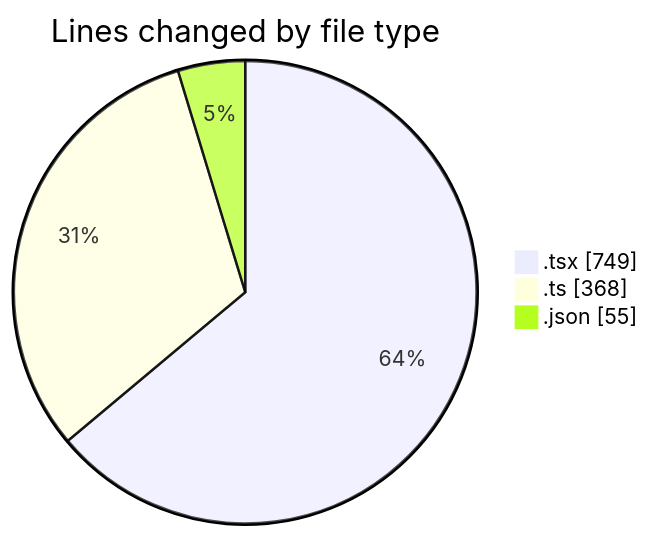
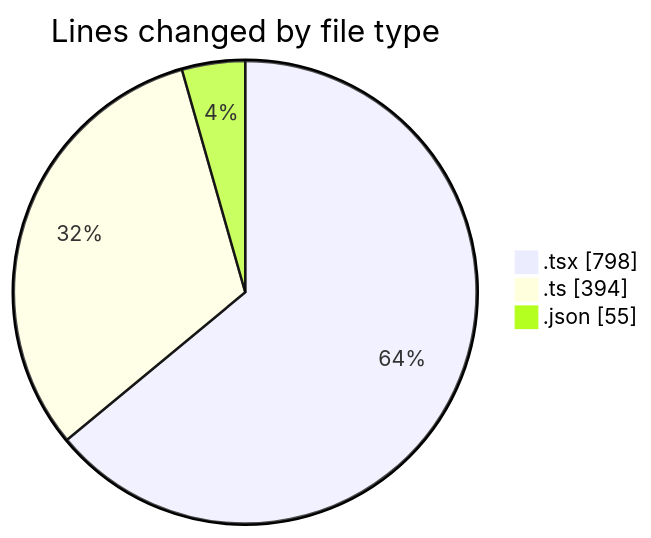
Before and after one commit to julien-gomy/code-tracking: the first of 2 diagrams in 2025-10-21/eventscop-frontend-guide__workspace_/README.md, drawn with Mermaid. The commit also changed other lines of this file and 1 other file, not shown here.

````diff
--- a/2025-10-21/eventscop-frontend-guide__workspace_/README.md
+++ b/2025-10-21/eventscop-frontend-guide__workspace_/README.md
@@ -35,7 +35,7 @@
 ```mermaid
 pie showData
 title Lines changed by file type
-".tsx" : 749
-".ts" : 368
+".tsx" : 798
+".ts" : 394
 ".json" : 55
 ```
````
